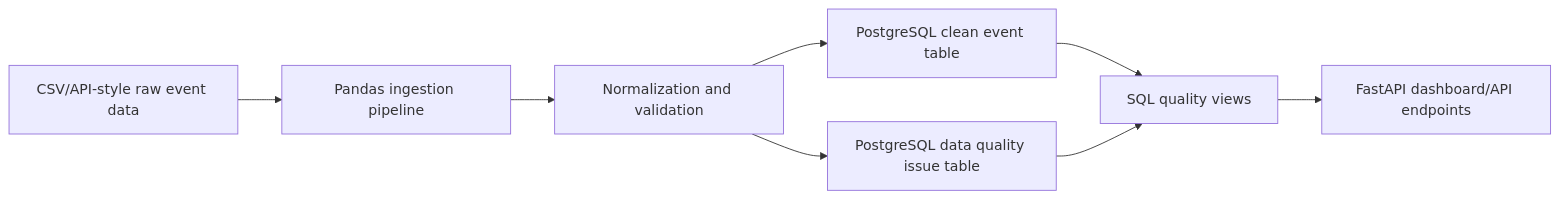
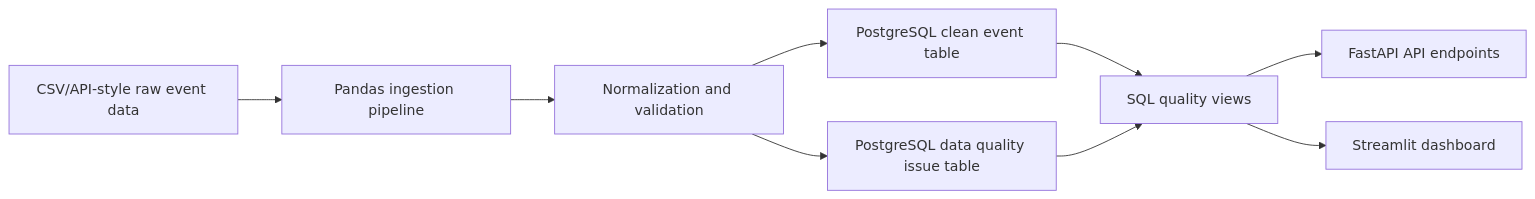
The diagram in README.md (EnmaSantos/live-music-data-quality-pipeline), drawn with Mermaid before and after one commit. The commit also changed other lines of this file and 4 other files, not shown here.

Commit message:
Add Streamlit portfolio dashboard

````diff
--- a/README.md
+++ b/README.md
@@ -11,10 +11,11 @@
 ```mermaid
 flowchart LR
     A["CSV/API-style raw event data"] --> B["Pandas ingestion pipeline"]
     B --> C["Normalization and validation"]
     C --> D["PostgreSQL clean event table"]
     C --> E["PostgreSQL data quality issue table"]
     D --> F["SQL quality views"]
     E --> F
-    F --> G["FastAPI dashboard/API endpoints"]
+    F --> G["FastAPI API endpoints"]
+    F --> H["Streamlit dashboard"]
 ```
````
